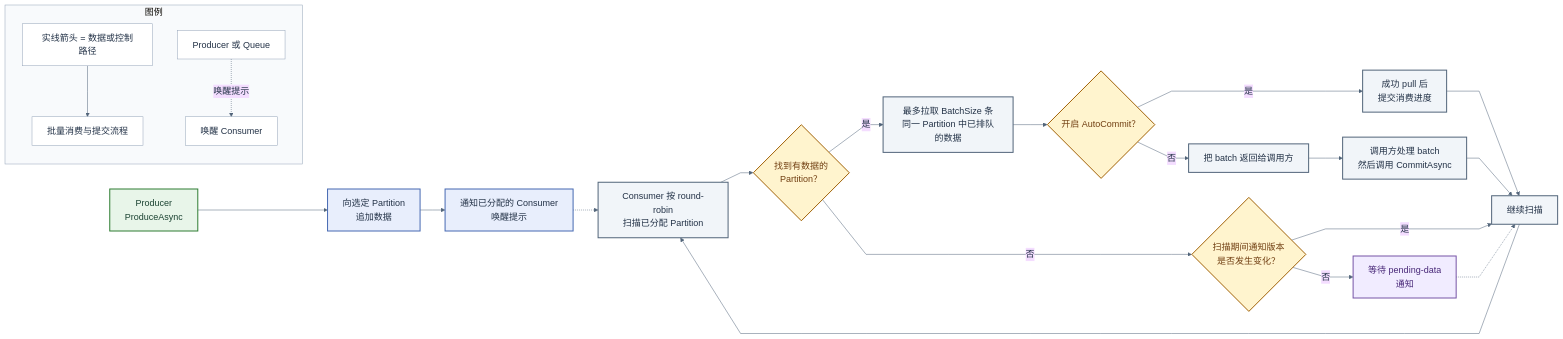
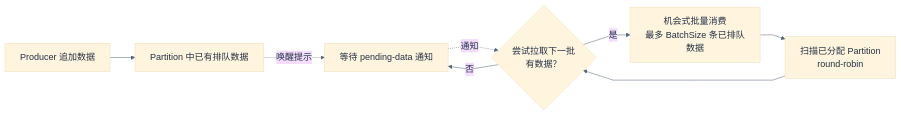
Before and after one commit to eventhorizon-cli/BufferQueue: the diagram in docs/assets/bufferqueue-opportunistic-batching.zh-CN.mmd, drawn with Mermaid. The commit also changed 13 other files, not shown here.

Commit message:
docs: redraw diagrams as bilingual SVGs

```diff
--- a/docs/assets/bufferqueue-opportunistic-batching.zh-CN.mmd
+++ b/docs/assets/bufferqueue-opportunistic-batching.zh-CN.mmd
@@ -1,52 +1,22 @@
 ---
 config:
   flowchart:
     htmlLabels: true
     curve: linear
   theme: base
   themeVariables:
     fontFamily: "Arial, Helvetica, sans-serif"
     fontSize: 18px
     primaryTextColor: "#233247"
     lineColor: "#52657a"
     clusterBkg: "#f8fafc"
     clusterBorder: "#94a3b8"
 ---
 flowchart LR
-    P[Producer<br/>ProduceAsync] --> A[向选定 Partition<br/>追加数据]
-    A --> N[通知已分配的 Consumer<br/>唤醒提示]
-    N -.-> S[Consumer 按 round-robin<br/>扫描已分配 Partition]
-
-    S --> D{找到有数据的<br/>Partition？}
-    D -- 是 --> B[最多拉取 BatchSize 条<br/>同一 Partition 中已排队的数据]
-    B --> C{开启 AutoCommit？}
-    C -- 是 --> AC[成功 pull 后<br/>提交消费进度]
-    C -- 否 --> H[把 batch 返回给调用方]
-    H --> MC[调用方处理 batch<br/>然后调用 CommitAsync]
-    AC --> R[继续扫描]
-    MC --> R
-    R --> S
-
-    D -- 否 --> V{扫描期间通知版本<br/>是否发生变化？}
-    V -- 是 --> R
-    V -- 否 --> W[等待 pending-data<br/>通知]
-    W -.-> R
-
-    subgraph LEGEND[图例]
-        LD1[实线箭头 = 数据或控制路径] --> LD2[批量消费与提交流程]
-        LW1[Producer 或 Queue] -. 唤醒提示 .-> LW2[唤醒 Consumer]
-    end
-
-    classDef producer fill:#e8f5e9,stroke:#2e7d32,color:#1b4332,stroke-width:2px;
-    classDef queue fill:#e8eefc,stroke:#4669b2,color:#233247,stroke-width:2px;
-    classDef consumer fill:#f1f5f9,stroke:#52657a,color:#233247,stroke-width:2px;
-    classDef decision fill:#fff4ce,stroke:#a16207,color:#713f12,stroke-width:2px;
-    classDef wait fill:#f1ecff,stroke:#7654a6,color:#482878,stroke-width:2px;
-    classDef legend fill:#ffffff,stroke:#94a3b8,color:#233247,stroke-width:1px;
-
-    class P producer;
-    class A,N queue;
-    class S,B,AC,H,MC,R consumer;
-    class D,C,V decision;
-    class W wait;
-    class LD1,LD2,LW1,LW2 legend;
+    P[Producer 追加数据] --> Q[Partition 中已有排队数据]
+    Q -. 唤醒提示 .-> W[等待 pending-data 通知]
+    W -. 通知 .-> D{尝试拉取下一批<br/>有数据？}
+    S[扫描已分配 Partition<br/>round-robin] --> D
+    D -- 是 --> B[机会式批量消费<br/>最多 BatchSize 条已排队数据]
+    B --> S
+    D -- 否 --> W
```
